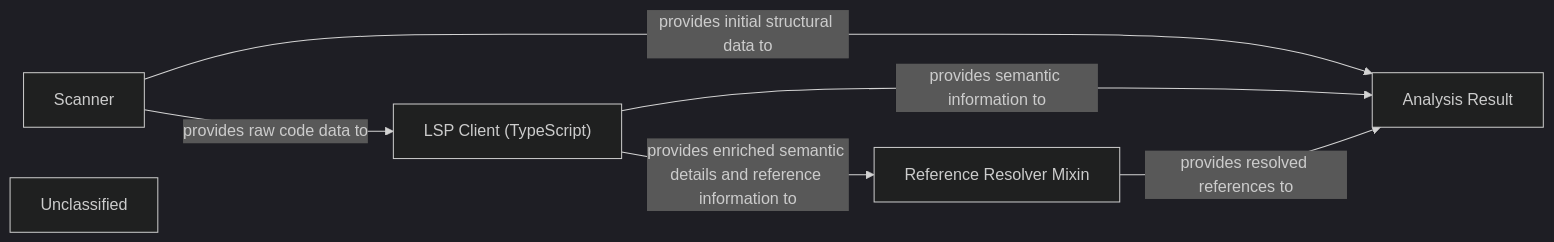
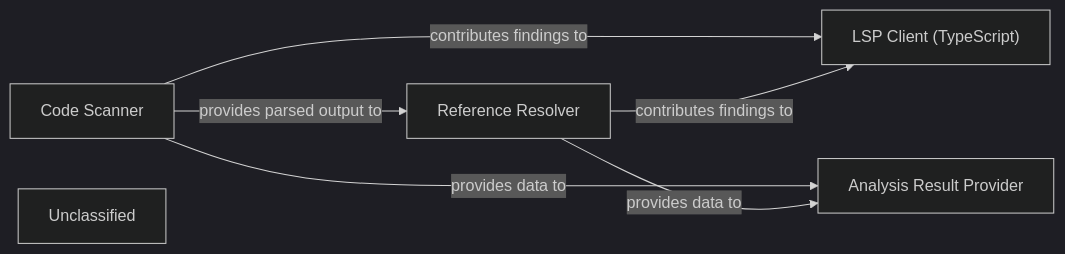
One commit to mariyam866/CodeBoarding changed the diagram in .codeboarding/Static_Analysis_Engine.md. Above: the diagram before and after it, drawn with Mermaid (dark theme). The commit also changed other lines of this file and 11 other files, not shown here.

First line of the commit message:
docs: update codeboarding documentation and generate architecture

````diff
--- a/.codeboarding/Static_Analysis_Engine.md
+++ b/.codeboarding/Static_Analysis_Engine.md
@@ -1,13 +1,13 @@
 ```mermaid
 graph LR
-    Scanner["Scanner"]
+    Code_Scanner["Code Scanner"]
+    Reference_Resolver["Reference Resolver"]
     LSP_Client_TypeScript_["LSP Client (TypeScript)"]
-    Reference_Resolver_Mixin["Reference Resolver Mixin"]
-    Analysis_Result["Analysis Result"]
+    Analysis_Result_Provider["Analysis Result Provider"]
     Unclassified["Unclassified"]
-    Scanner -- "provides raw code data to" --> LSP_Client_TypeScript_
-    Scanner -- "provides initial structural data to" --> Analysis_Result
-    LSP_Client_TypeScript_ -- "provides enriched semantic details and reference information to" --> Reference_Resolver_Mixin
-    LSP_Client_TypeScript_ -- "provides semantic information to" --> Analysis_Result
-    Reference_Resolver_Mixin -- "provides resolved references to" --> Analysis_Result
+    Code_Scanner -- "provides parsed output to" --> Reference_Resolver
+    Code_Scanner -- "contributes findings to" --> LSP_Client_TypeScript_
+    Code_Scanner -- "provides data to" --> Analysis_Result_Provider
+    Reference_Resolver -- "contributes findings to" --> LSP_Client_TypeScript_
+    Reference_Resolver -- "provides data to" --> Analysis_Result_Provider
 ```
````
